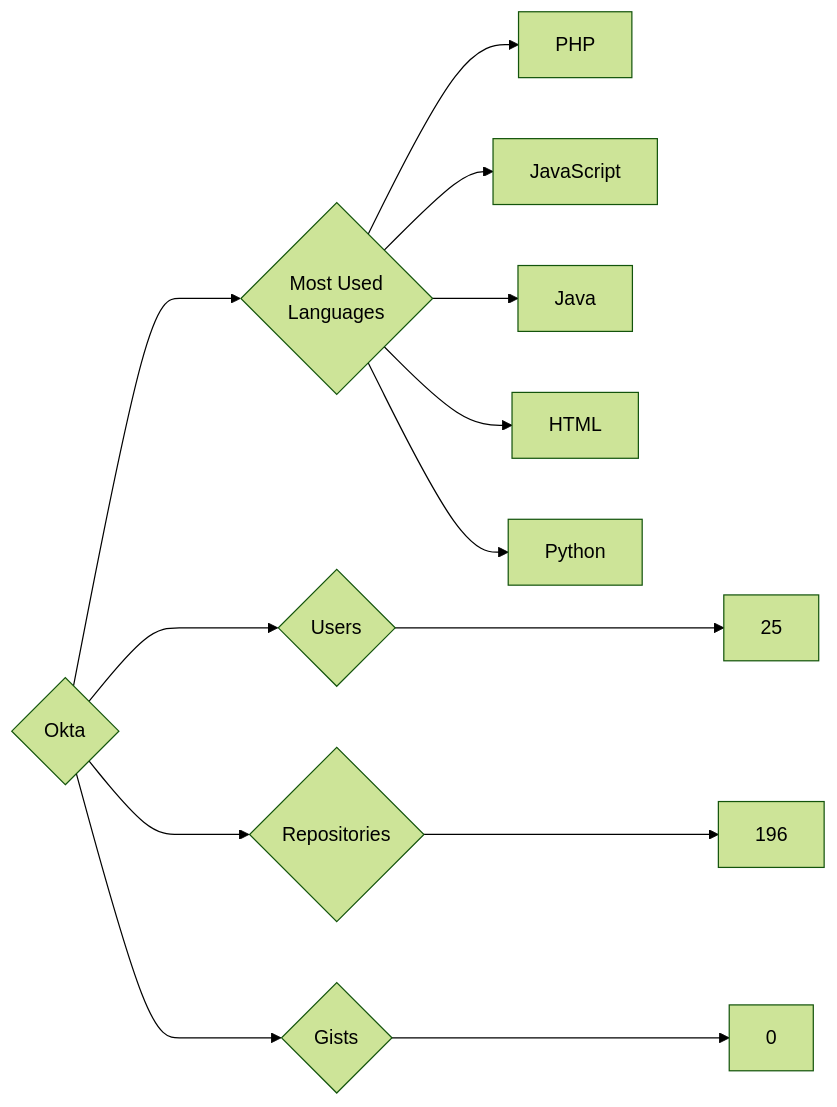
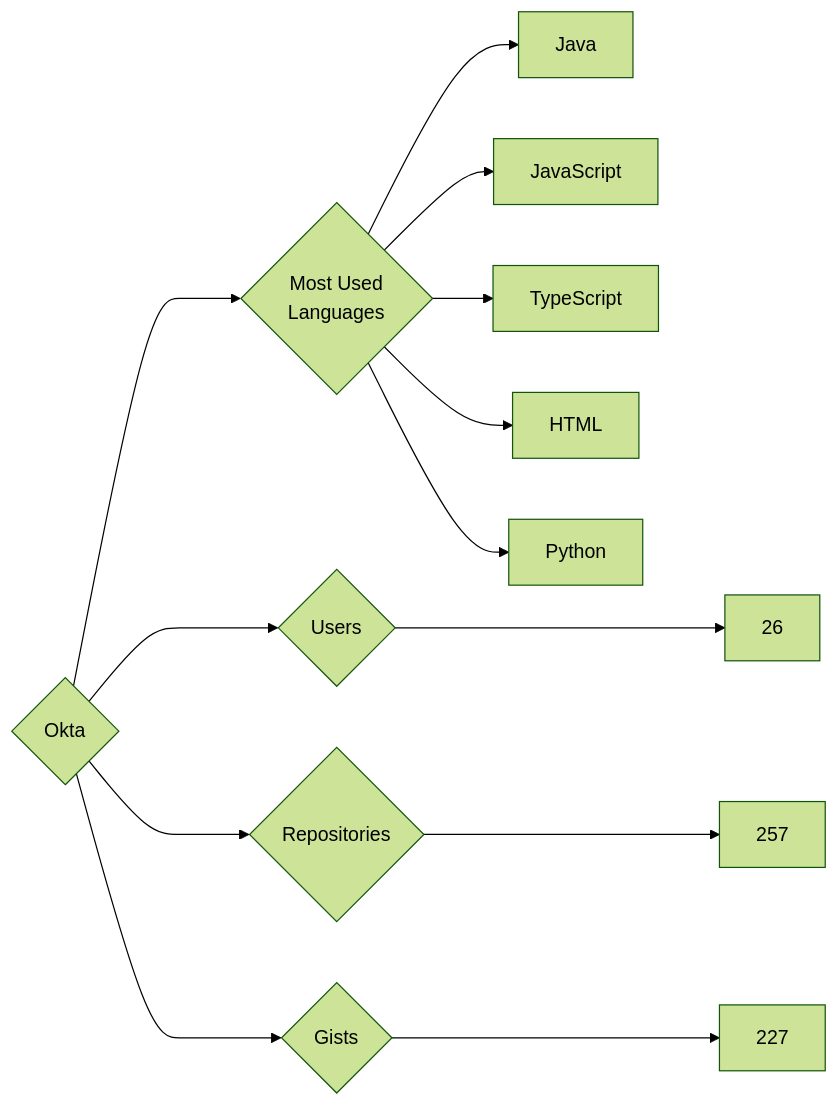
The diagram in targets/Okta/README.md (trickest/insiders), drawn with Mermaid (forest theme) before and after one commit. The commit also changed 997 other files, not shown here.

````diff
--- a/targets/Okta/README.md
+++ b/targets/Okta/README.md
@@ -3,13 +3,13 @@
 ```mermaid
 graph LR
 COMPANY_NAME{Okta}
-COMPANY_NAME ---> U{Users} ---> UN[25]
-COMPANY_NAME ---> R{Repositories} ---> RN[196]
-COMPANY_NAME ---> G{Gists} ---> GN[0]
+COMPANY_NAME ---> U{Users} ---> UN[26]
+COMPANY_NAME ---> R{Repositories} ---> RN[257]
+COMPANY_NAME ---> G{Gists} ---> GN[227]
 COMPANY_NAME ---> ML{Most Used<br>Languages}
-ML --> PHP
-ML --> JavaScript
-ML --> Java
-ML --> HTML
-ML --> Python
+ML --> Java[Java]
+ML --> JavaScript[JavaScript]
+ML --> TypeScript[TypeScript]
+ML --> HTML[HTML]
+ML --> Python[Python]
 ```
````
